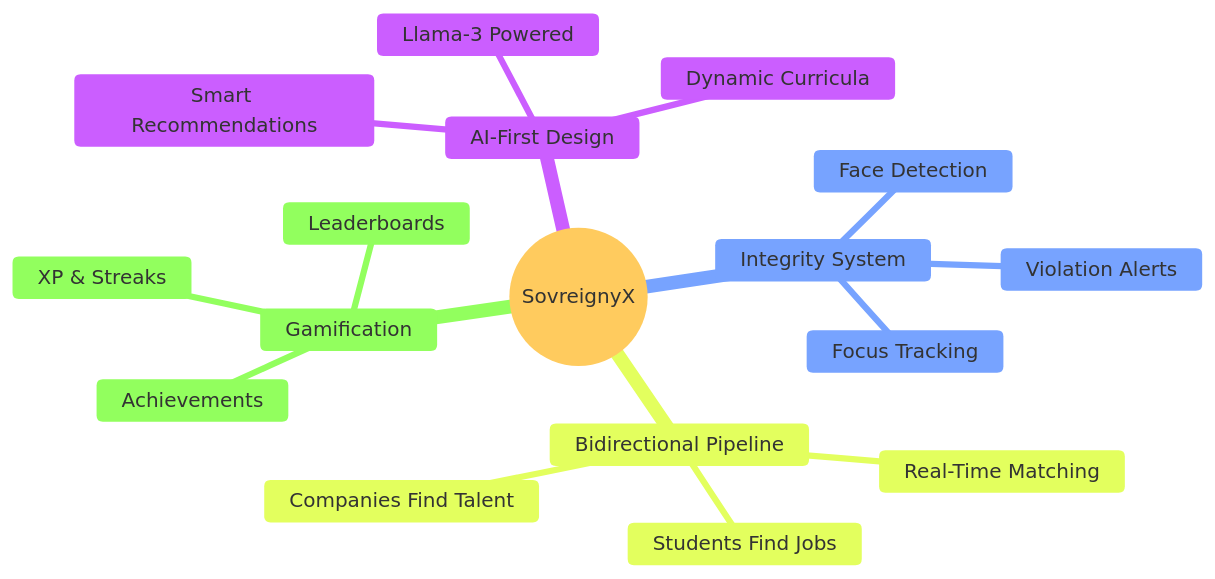
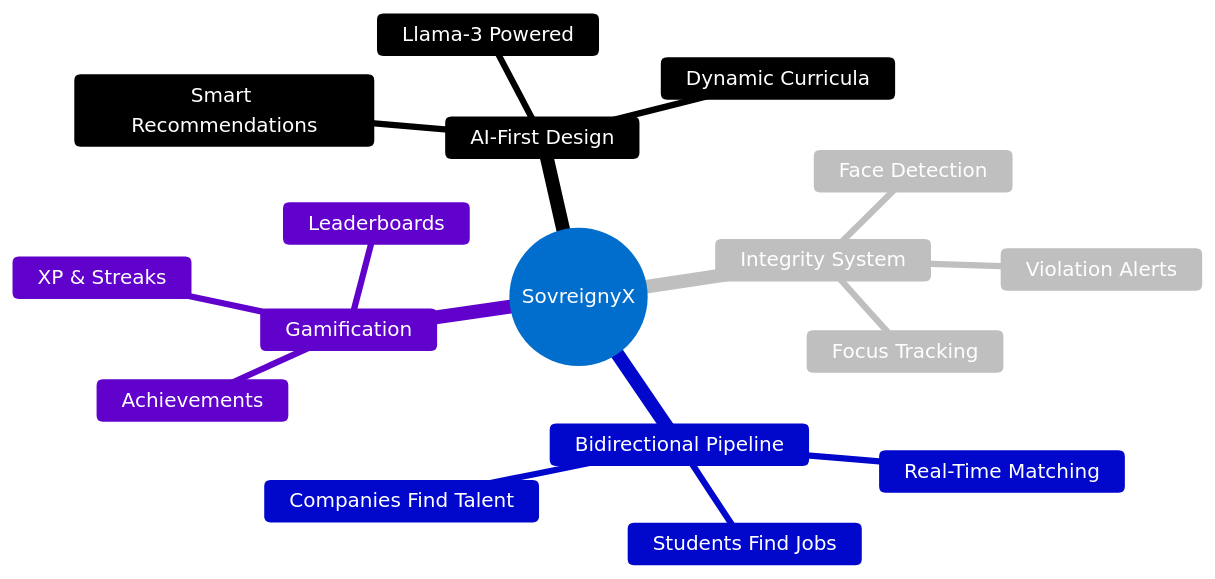
One commit to dhanasai2/SovreignyX_Final changed the first of 5 diagrams in README.md. Above: the diagram before and after it, drawn with Mermaid. The commit also changed other lines of this file, not shown here.

Commit message:
Clean up README.md formatting and footer image
Removed unnecessary empty lines and adjusted the footer image.

````diff
--- a/README.md
+++ b/README.md
@@ -171,26 +169,21 @@
 ```mermaid
-%%{init: {'theme':'base', 'themeVariables': {'fontSize':'16px'}}}%%
+%%{init: {'theme':'base', 'themeVariables': { 'primaryColor':'#4facfe','primaryTextColor':'#fff','primaryBorderColor':'#7C0200','lineColor':'#F8B229','secondaryColor':'#006100','tertiaryColor':'#fff'}}}%%
 mindmap
   root((SovreignyX))
     AI-First Design
       Llama-3 Powered
       Dynamic Curricula
       Smart Recommendations
     Integrity System
       Face Detection
       Focus Tracking
       Violation Alerts
     Bidirectional Pipeline
       Students Find Jobs
       Companies Find Talent
       Real-Time Matching
     Gamification
       XP & Streaks
       Leaderboards
       Achievements
-
-%%{init: {'themeCSS': '.mindmap-node { color: white !important; } .mindmap-node text { fill: white !important; }'}}%%
-
-
-
 ```
````
